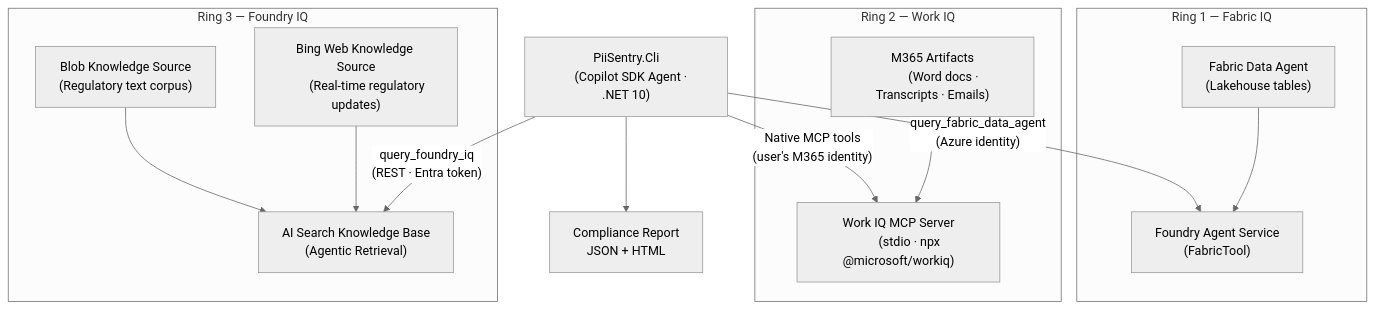
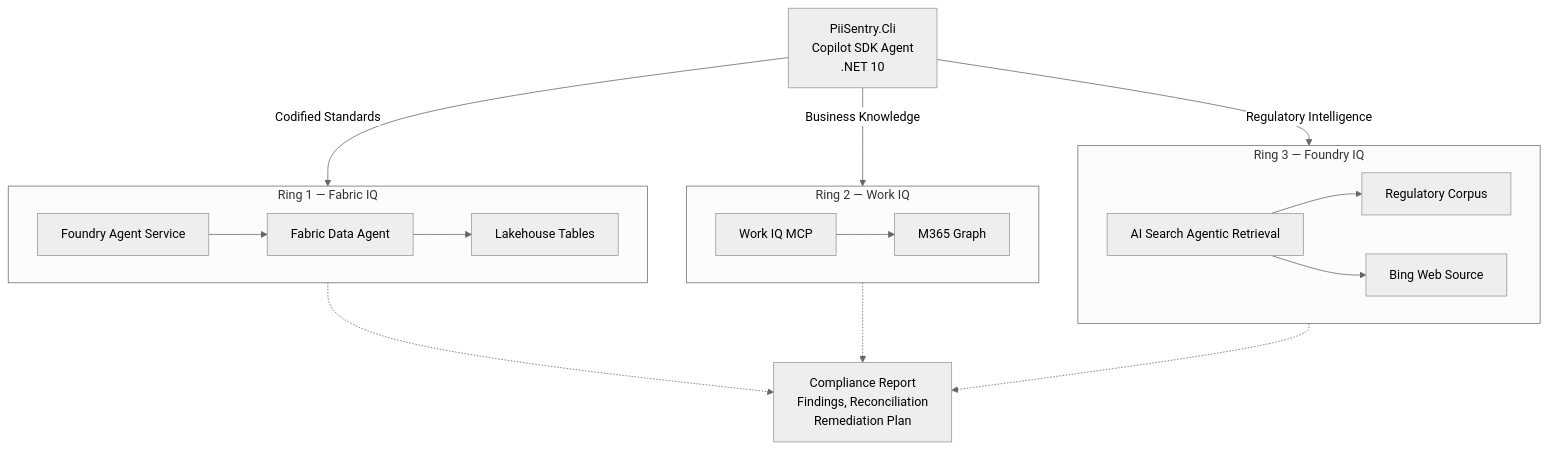
Before and after one commit to mjhoffmeister/piisentry: the diagram in docs/architecture.md, drawn with Mermaid (neutral theme). The commit also changed other lines of this file and 2 other files, not shown here.

Commit message:
docs: update README and architecture documentation for clarity and detail

````diff
--- a/docs/architecture.md
+++ b/docs/architecture.md
@@ -7,41 +7,31 @@
 ```mermaid
 flowchart TB
     CLI["PiiSentry.Cli
-    (Copilot SDK Agent · .NET 10)"]
+    Copilot SDK Agent
+    .NET 10"]
+
+    CLI -- "Codified Standards" --> ring1
+    CLI -- "Business Knowledge" --> ring2
+    CLI -- "Regulatory Intelligence" --> ring3
 
     subgraph ring1["Ring 1 — Fabric IQ"]
-        FA["Fabric Data Agent
-        (Lakehouse tables)"]
-        FS["Foundry Agent Service
-        (FabricTool)"]
-        FA --> FS
+        FS["Foundry Agent Service"] --> FA["Fabric Data Agent"] --> LH["Lakehouse Tables"]
     end
 
     subgraph ring2["Ring 2 — Work IQ"]
-        WI["Work IQ MCP Server
-        (stdio · npx @microsoft/workiq)"]
-        M365["M365 Artifacts
-        (Word docs · Transcripts · Emails)"]
-        M365 --> WI
+        WI["Work IQ MCP"] --> M365["M365 Graph"]
     end
 
     subgraph ring3["Ring 3 — Foundry IQ"]
-        KB["AI Search Knowledge Base
-        (Agentic Retrieval)"]
-        BLOB["Blob Knowledge Source
-        (Regulatory text corpus)"]
-        BING["Bing Web Knowledge Source
-        (Real-time regulatory updates)"]
-        BLOB --> KB
-        BING --> KB
+        KB["AI Search Agentic Retrieval"] --> BLOB["Regulatory Corpus"]
+        KB --> BING["Bing Web Source"]
     end
 
-    CLI -- "query_fabric_data_agent
-    (Azure identity)" --> FS
-    CLI -- "Native MCP tools
-    (user's M365 identity)" --> WI
-    CLI -- "query_foundry_iq
-    (REST · Entra token)" --> KB
-    CLI --> REP["Compliance Report
-    JSON + HTML"]
+    ring1 -.-> REP
+    ring2 -.-> REP
+    ring3 -.-> REP
+
+    REP["Compliance Report
+    Findings, Reconciliation
+    Remediation Plan"]
 ```
````
